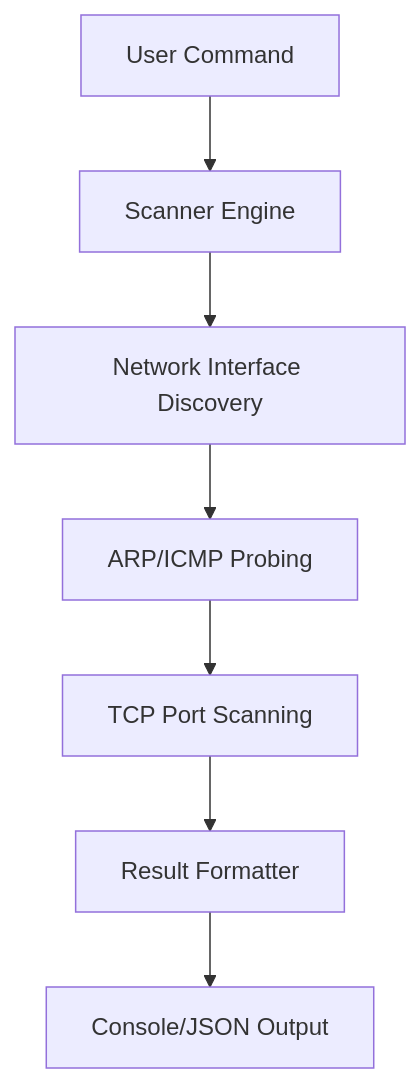
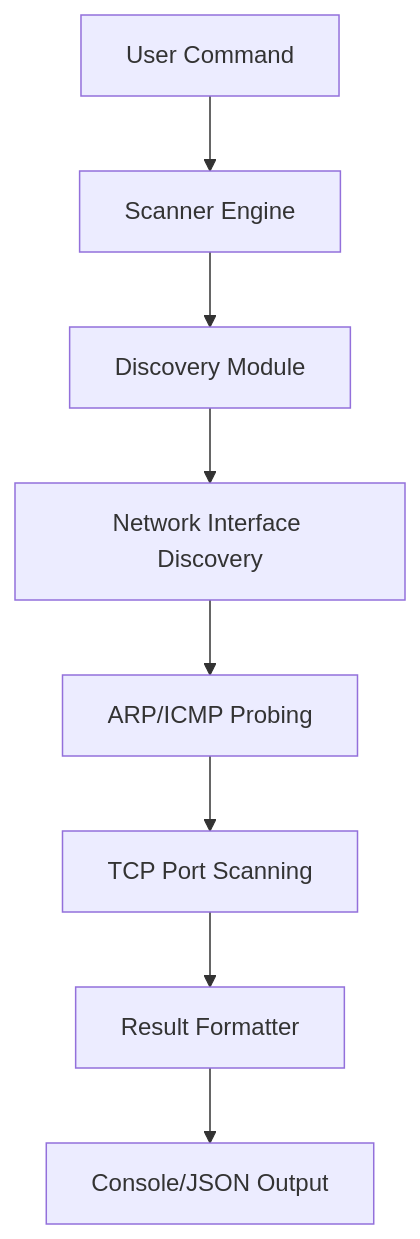
One commit to afastic-agent0/NetScannerMacOS changed the diagram in project_spec.md. Above: the diagram before and after it, drawn with Mermaid. The commit also changed other lines of this file and 9 other files, not shown here.

Commit message:
feat: implement ARP scanning module and fix integration bugs

````diff
--- a/project_spec.md
+++ b/project_spec.md
@@ -19,9 +20,10 @@
 ```mermaid
 graph TD
     A[User Command] --> B[Scanner Engine]
-    B --> C[Network Interface Discovery]
-    C --> D[ARP/ICMP Probing]
-    D --> E[TCP Port Scanning]
-    E --> F[Result Formatter]
-    F --> G[Console/JSON Output]
+    B --> C[Discovery Module]
+    C --> D[Network Interface Discovery]
+    D --> E[ARP/ICMP Probing]
+    E --> F[TCP Port Scanning]
+    F --> G[Result Formatter]
+    G --> H[Console/JSON Output]
 ```
````
